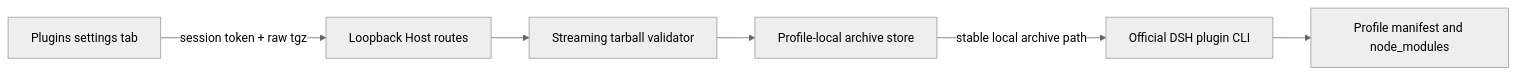
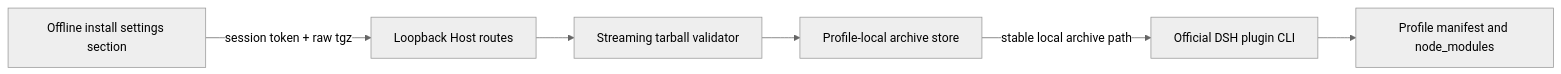
The diagram in plugins/dsh-offline-plugin-installer/docs/architecture.md (changyinliangbaikai/dsh-desktop), drawn with Mermaid (neutral theme) before and after one commit. The commit also changed 36 other files, not shown here.

````diff
--- a/plugins/dsh-offline-plugin-installer/docs/architecture.md
+++ b/plugins/dsh-offline-plugin-installer/docs/architecture.md
@@ -5,15 +5,15 @@
 ```mermaid
 flowchart LR
-  Page[Plugins settings tab]
+  Page[Offline install settings section]
   Routes[Loopback Host routes]
   Validator[Streaming tarball validator]
   Store[Profile-local archive store]
   CLI[Official DSH plugin CLI]
   Profile[Profile manifest and node_modules]
 
   Page -->|session token + raw tgz| Routes
   Routes --> Validator
   Validator --> Store
   Store -->|stable local archive path| CLI
   CLI --> Profile
 ```
````
